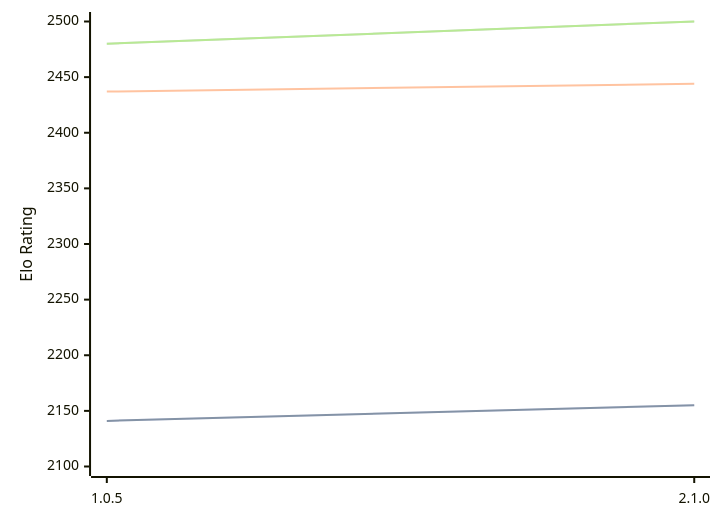
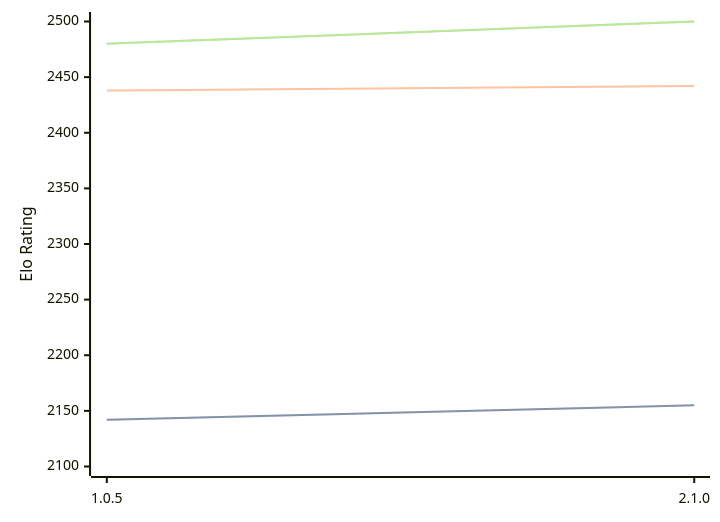
The diagram in engines/Ruffian.md (computer-chess-index/cci), drawn with Mermaid before and after one commit. The commit also changed other lines of this file, not shown here.

````diff
--- a/engines/Ruffian.md
+++ b/engines/Ruffian.md
@@ -32,11 +32,11 @@
 ```mermaid
 %%{init: {"theme":"base","themeVariables":{"seriesColors:['#a3a3a3','#222221','#faa371']}}}%%
 xychart-beta
   x-axis ["1.0.5", "2.1.0"]
   y-axis "Elo Rating" 2100 --> 2500
-  line "STC (8.0+0.08s)" [2141, 2155]
-  line "STC (8.0+0.08s)" [2141, 2155]
-  line "LTC (60.0+0.60s)" [2437, 2444]
+  line "STC (8.0+0.08s)" [2142, 2155]
+  line "STC (8.0+0.08s)" [2142, 2155]
+  line "LTC (60.0+0.60s)" [2438, 2442]
   line "VLTC (2m24s+1.12s)" [2480, 2500]
   line "VLTC (2m24s+1.12s)" [2480, 2500]
 ```
````
